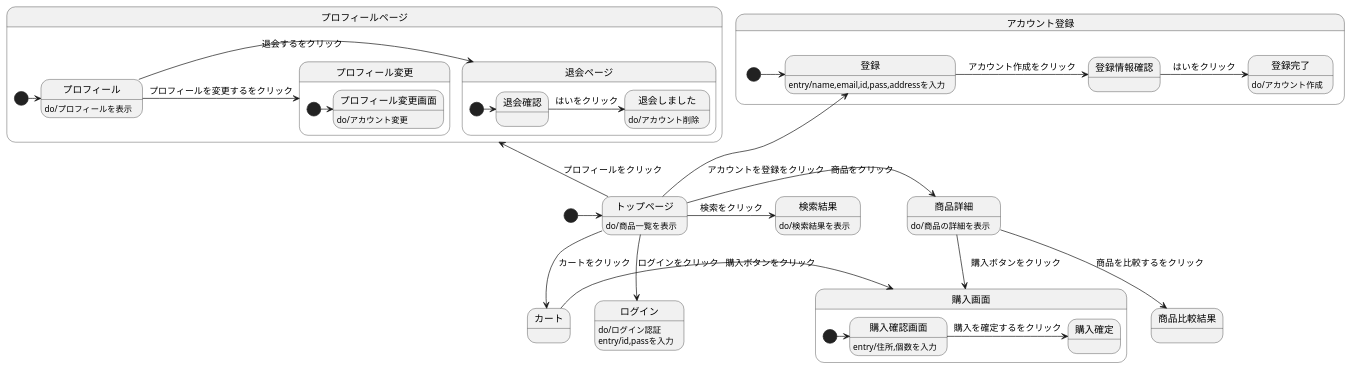
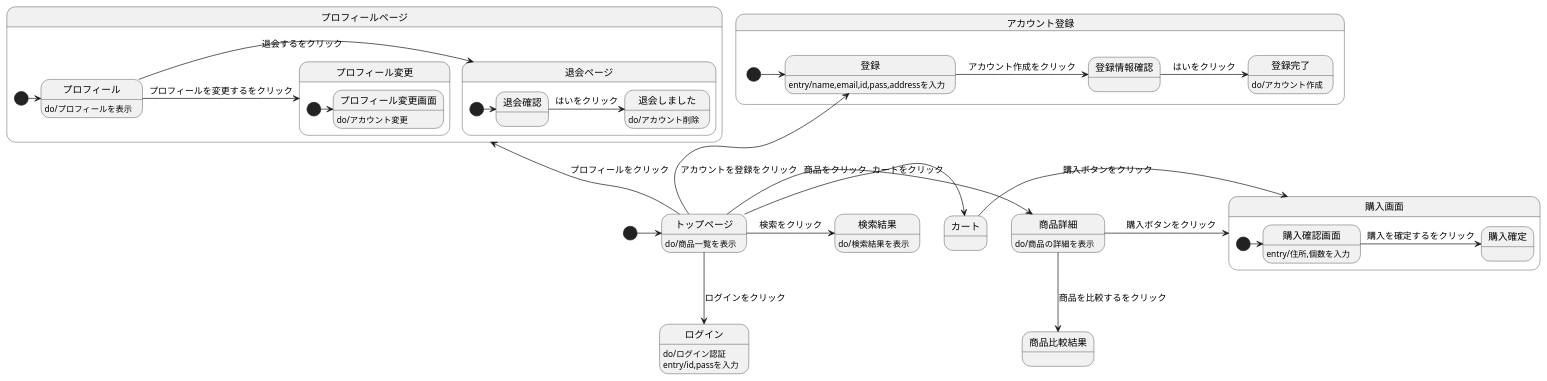
Before and after one commit to Aso2001159/2021sys-design: the diagram in stm01.md, drawn with PlantUML.

````diff
--- a/stm01.md
+++ b/stm01.md
@@ -1,48 +1,48 @@
 ```uml
 
 @startuml
 [*]->トップページ
 トップページ : do/商品一覧を表示
 トップページ->商品詳細 : 商品をクリック
   商品詳細 : do/商品の詳細を表示
   商品詳細 --> 商品比較結果 : 商品を比較するをクリック
   商品詳細-> 購入画面 :　購入ボタンをクリック
 トップページ-down->ログイン :ログインをクリック
   ログイン : do/ログイン認証
   ログイン : entry/id,passを入力
-トップページ-->カート :カートをクリック
+トップページ-right->カート :カートをクリック
 カート -> 購入画面 : 購入ボタンをクリック
 state 購入画面{
   [*]-> 購入確認画面
   購入確認画面 : entry/住所,個数を入力
   購入確認画面 -> 購入確定 : 購入を確定するをクリック
 }
 state アカウント登録{
 [*]-> 登録 
   トップページ-up-> 登録 :アカウントを登録をクリック
   登録 : entry/name,email,id,pass,addressを入力
   登録 ->登録情報確認: アカウント作成をクリック
   登録情報確認 -> 登録完了: はいをクリック
     登録完了: do/アカウント作成
   }
 トップページ->検索結果 :検索をクリック
   検索結果 : do/検索結果を表示
 トップページ-up->プロフィールページ :プロフィールをクリック
 state プロフィールページ{
 [*] -> プロフィール
 プロフィール : do/プロフィールを表示
   プロフィール ->退会ページ :退会するをクリック
   state 退会ページ{
     [*]-> 退会確認 
     退会確認-> 退会しました : はいをクリック
       退会しました : do/アカウント削除
     }
     プロフィール -> プロフィール変更 : プロフィールを変更するをクリック
     state プロフィール変更{
       [*]-> プロフィール変更画面
       プロフィール変更画面 : do/アカウント変更
     }
  }
 @enduml
 
 ```
````
